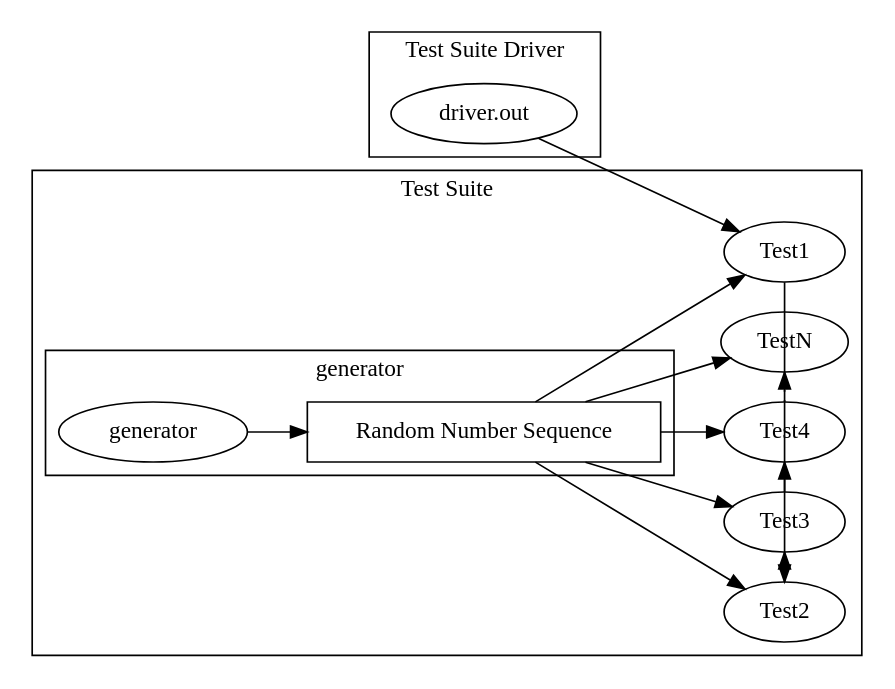
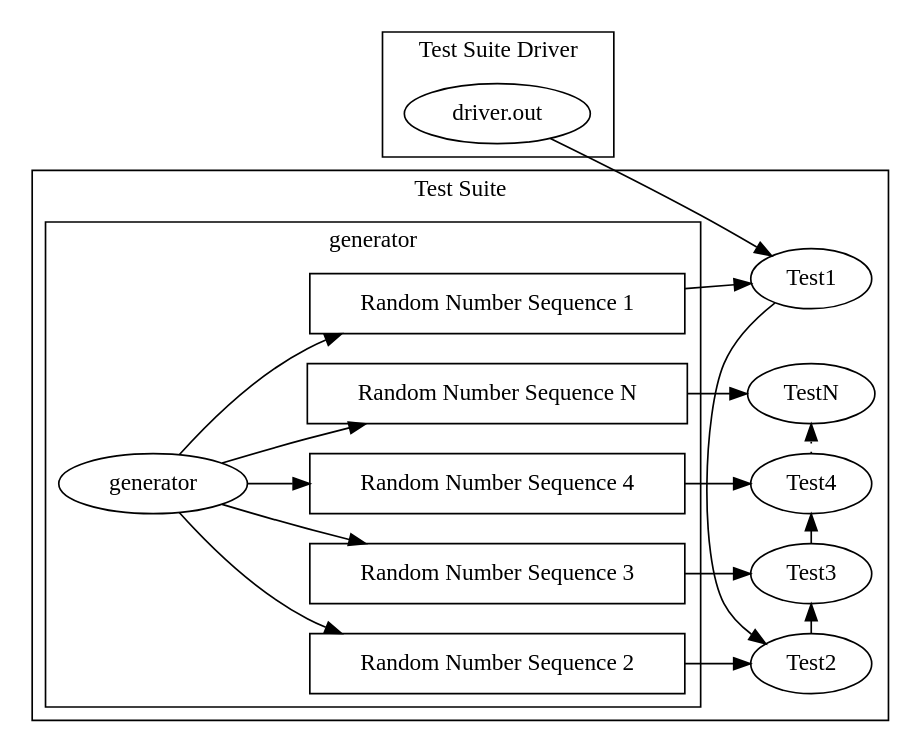
One commit to rski/project-poster changed the diagram in testu01_serial_valid.dot. Above: the diagram before and after it, drawn with Graphviz.

Commit message:
generator points to multiple sequences

```diff
--- a/testu01_serial_valid.dot
+++ b/testu01_serial_valid.dot
@@ -1,31 +1,38 @@
 digraph Testu1_serial {
   rankdir=LR;
-  splines = line;
   subgraph cluster_test_suite_driver{
     label = "Test Suite Driver";
     rank = same;
     "driver.out";
     }
   subgraph cluster_test_suite {
     label = "Test Suite";
     rank = same;
     Test1;
     Test1 -> Test2 [constraint=false];
     Test2 -> Test3 [constraint=false];
     Test3 -> Test4 [constraint=false];
     Test4 -> TestN [constraint=false, style=dotted];
   subgraph cluster_generator {
     label = "generator"
     rank = same;
     generator [constraint = false] ;
-    randomNumberSeq [ shape = box, label = "Random Number Sequence" ];
+    randomNumberSeq1 [ shape = box, label = "Random Number Sequence 1" ];
+    randomNumberSeq2 [ shape = box, label = "Random Number Sequence 2" ];
+    randomNumberSeq3 [ shape = box, label = "Random Number Sequence 3" ];
+    randomNumberSeq4 [ shape = box, label = "Random Number Sequence 4" ];
+    randomNumberSeqN [ shape = box, label = "Random Number Sequence N" ];
+    generator -> randomNumberSeq1;
+    generator -> randomNumberSeq2;
+    generator -> randomNumberSeq3;
+    generator -> randomNumberSeq4;
+    generator -> randomNumberSeqN;
   }
   }
   "driver.out" -> Test1;
-  generator -> randomNumberSeq; 
-  randomNumberSeq -> Test1;
-  randomNumberSeq -> Test2;
-  randomNumberSeq -> Test3;
-  randomNumberSeq -> Test4;
-  randomNumberSeq -> TestN;
+  randomNumberSeq1 -> Test1;
+  randomNumberSeq2 -> Test2;
+  randomNumberSeq3 -> Test3;
+  randomNumberSeq4 -> Test4;
+  randomNumberSeqN -> TestN;
 }
```
